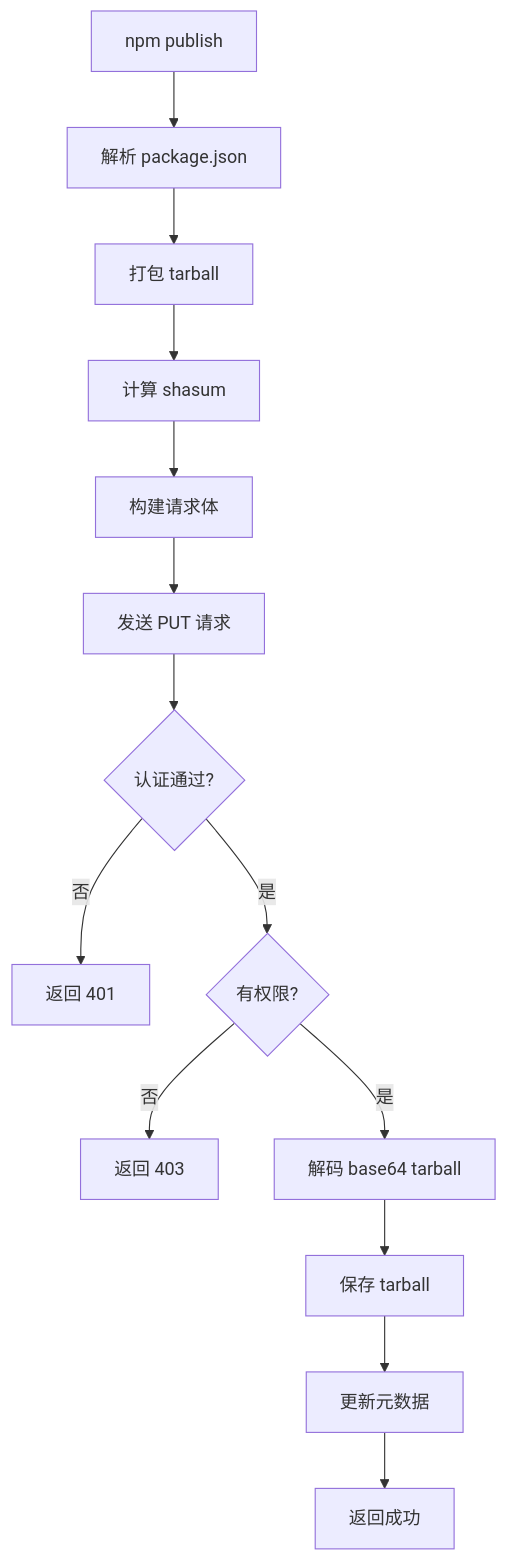
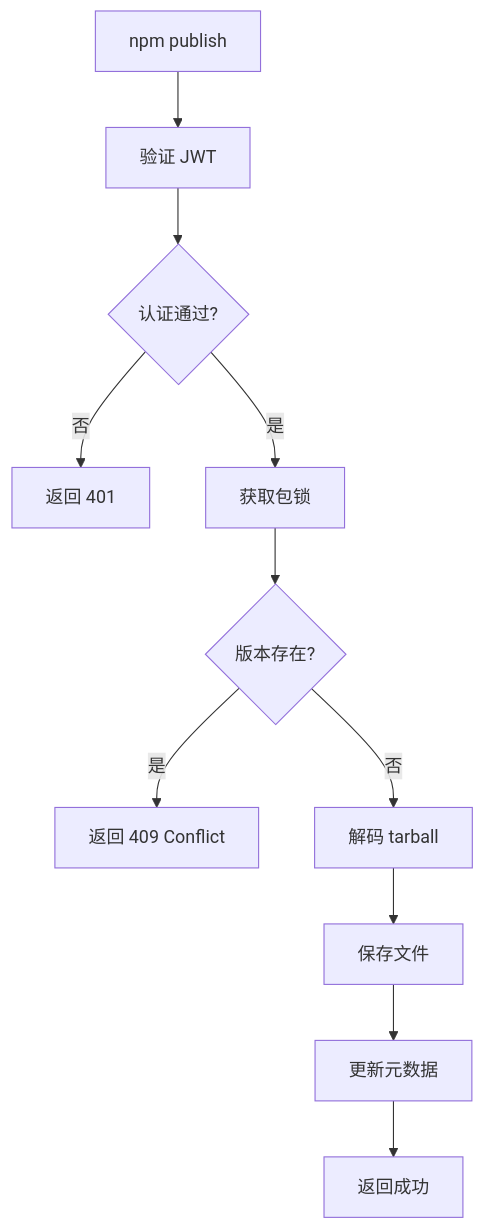
The fourth of 5 diagrams in docs/IMPLEMENTATION.md (xiaodou997/grape), drawn with Mermaid before and after one commit. The commit also changed other lines of this file and 101 other files, not shown here.

````diff
--- a/docs/IMPLEMENTATION.md
+++ b/docs/IMPLEMENTATION.md
@@ -141,16 +264,13 @@
 ```mermaid
 flowchart TD
-    A[npm publish] --> B[解析 package.json]
-    B --> C[打包 tarball]
-    C --> D[计算 shasum]
-    D --> E[构建请求体]
-    E --> F[发送 PUT 请求]
-    F --> G{认证通过?}
-    G -->|否| H[返回 401]
-    G -->|是| I{有权限?}
-    I -->|否| J[返回 403]
-    I -->|是| K[解码 base64 tarball]
-    K --> L[保存 tarball]
-    L --> M[更新元数据]
-    M --> N[返回成功]
+    A[npm publish] --> B[验证 JWT]
+    B --> C{认证通过?}
+    C -->|否| D[返回 401]
+    C -->|是| E[获取包锁]
+    E --> F{版本存在?}
+    F -->|是| G[返回 409 Conflict]
+    F -->|否| H[解码 tarball]
+    H --> I[保存文件]
+    I --> J[更新元数据]
+    J --> K[返回成功]
 ```
````
